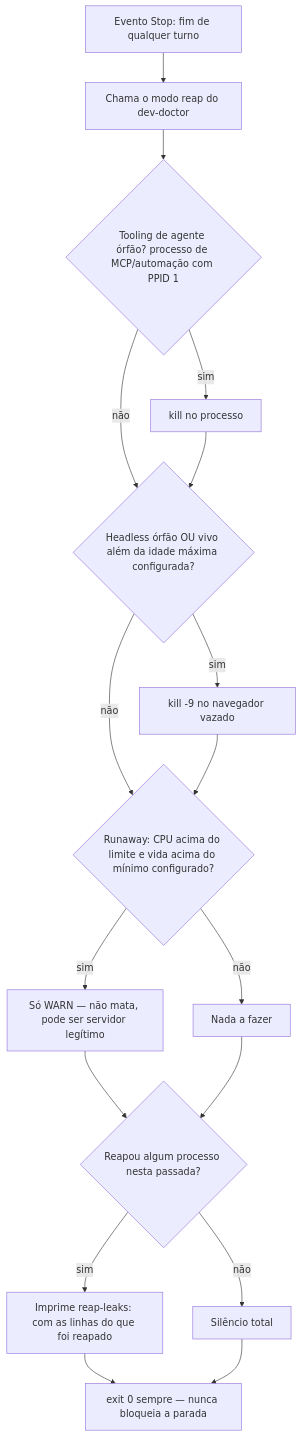
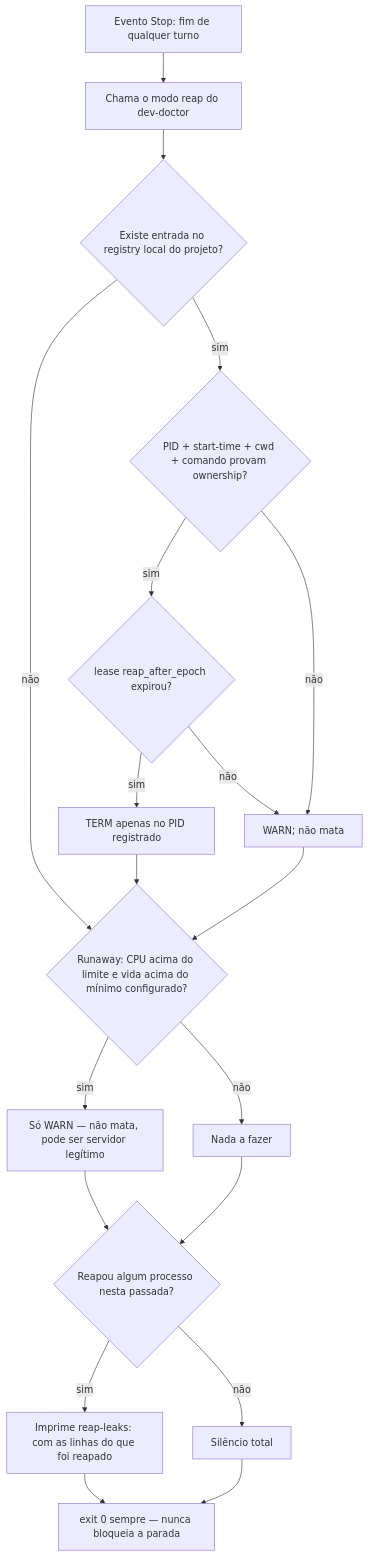
Before and after one commit to gutocarollo/orions-belt: the third of 3 diagrams in docs/manual/06-stop-gates.md, drawn with Mermaid. The commit also changed other lines of this file and 59 other files, not shown here.

````diff
--- a/docs/manual/06-stop-gates.md
+++ b/docs/manual/06-stop-gates.md
@@ -81,19 +87,21 @@
 ```mermaid
 flowchart TD
     A["Evento Stop: fim de qualquer turno"] --> B["Chama o modo reap do dev-doctor"]
-    B --> C{"Tooling de agente órfão? processo de MCP/automação com PPID 1"}
-    C -- "sim" --> D["kill no processo"]
-    C -- "não" --> E{"Headless órfão OU vivo além da idade máxima configurada?"}
-    D --> E
-    E -- "sim" --> F["kill -9 no navegador vazado"]
-    E -- "não" --> G{"Runaway: CPU acima do limite e vida acima do mínimo configurado?"}
+    B --> C{"Existe entrada no registry local do projeto?"}
+    C -- "não" --> G{"Runaway: CPU acima do limite e vida acima do mínimo configurado?"}
+    C -- "sim" --> D{"PID + start-time + cwd + comando provam ownership?"}
+    D -- "sim" --> X{"lease reap_after_epoch expirou?"}
+    X -- "sim" --> E["TERM apenas no PID registrado"]
+    X -- "não" --> F
+    D -- "não" --> F["WARN; não mata"]
+    E --> G
     F --> G
     G -- "sim" --> H["Só WARN — não mata, pode ser servidor legítimo"]
     G -- "não" --> I["Nada a fazer"]
     H --> J{"Reapou algum processo nesta passada?"}
     I --> J
     J -- "sim" --> K["Imprime reap-leaks: com as linhas do que foi reapado"]
     J -- "não" --> L["Silêncio total"]
     K --> Z["exit 0 sempre — nunca bloqueia a parada"]
     L --> Z
 ```
````
